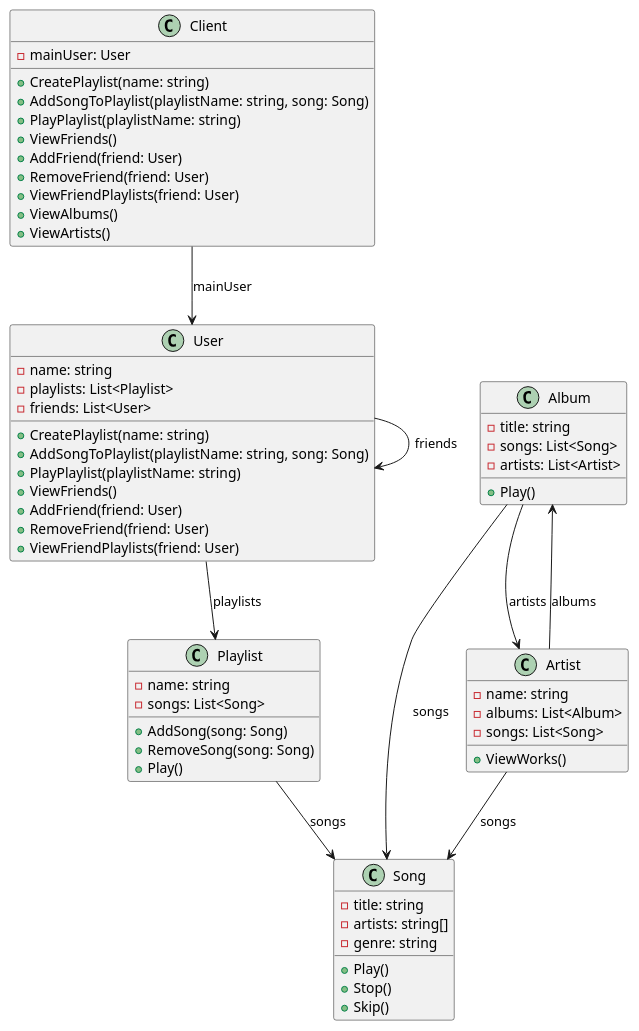
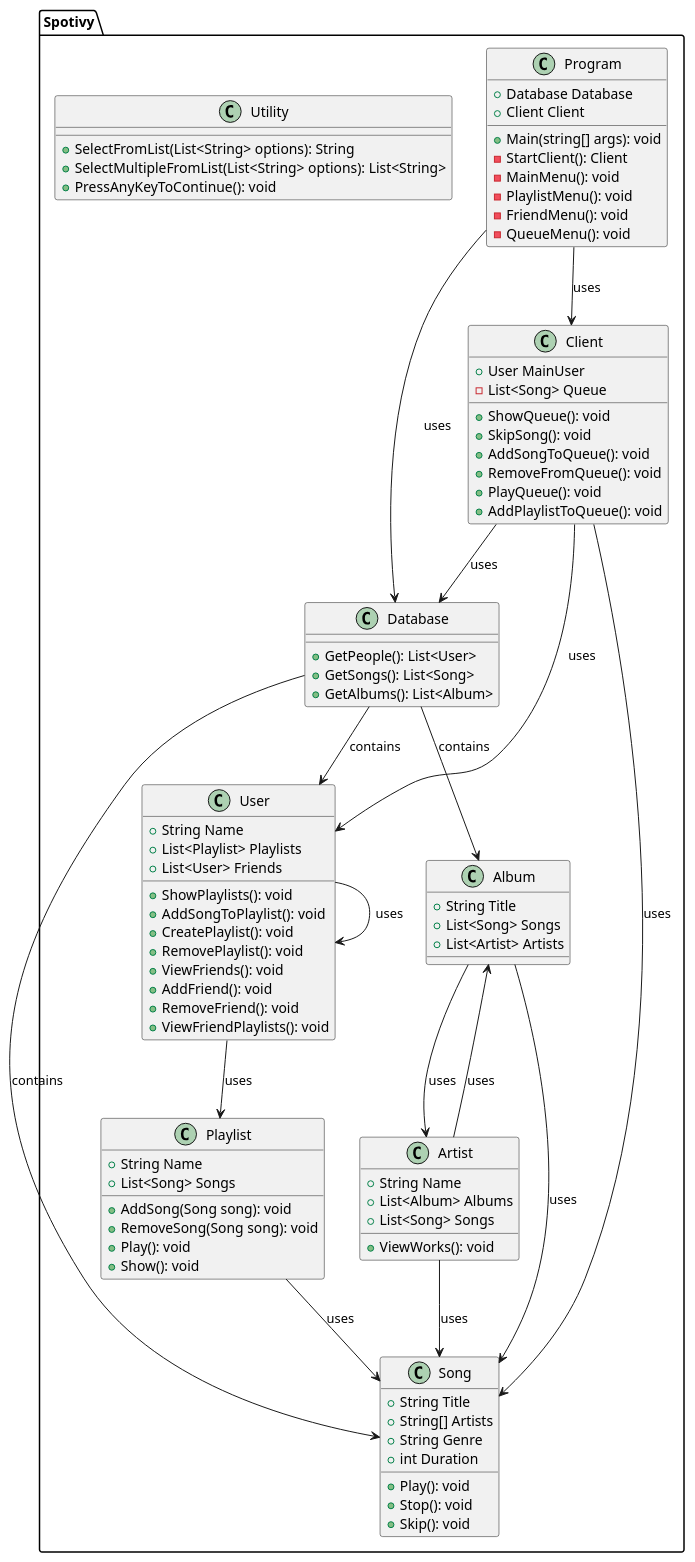
The diagram in demo.plantuml (OneBreach/Spotivy), drawn with PlantUML before and after one commit. The commit also changed other lines of this file and 4 other files, not shown here.

```diff
--- a/demo.plantuml
+++ b/demo.plantuml
@@ -2,67 +1,102 @@
 @startuml
-class Client {
-    - mainUser: User
-    + CreatePlaylist(name: string)
-    + AddSongToPlaylist(playlistName: string, song: Song)
-    + PlayPlaylist(playlistName: string)
-    + ViewFriends()
-    + AddFriend(friend: User)
-    + RemoveFriend(friend: User)
-    + ViewFriendPlaylists(friend: User)
-    + ViewAlbums()
-    + ViewArtists()
+
+package Spotivy {
+
+    class Program {
+        + Database Database
+        + Client Client
+        + Main(string[] args): void
+        - StartClient(): Client
+        - MainMenu(): void
+        - PlaylistMenu(): void
+        - FriendMenu(): void
+        - QueueMenu(): void
+    }
+
+    class Client {
+        + User MainUser
+        - List<Song> Queue
+        + ShowQueue(): void
+        + SkipSong(): void
+        + AddSongToQueue(): void
+        + RemoveFromQueue(): void
+        + PlayQueue(): void
+        + AddPlaylistToQueue(): void
+    }
+
+    class Database {
+        + GetPeople(): List<User>
+        + GetSongs(): List<Song>
+        + GetAlbums(): List<Album>
+    }
+
+    class Playlist {
+        + String Name
+        + List<Song> Songs
+        + AddSong(Song song): void
+        + RemoveSong(Song song): void
+        + Play(): void
+        + Show(): void
+    }
+
+    class Song {
+        + String Title
+        + String[] Artists
+        + String Genre
+        + int Duration
+        + Play(): void
+        + Stop(): void
+        + Skip(): void
+    }
+
+    class User {
+        + String Name
+        + List<Playlist> Playlists
+        + List<User> Friends
+        + ShowPlaylists(): void
+        + AddSongToPlaylist(): void
+        + CreatePlaylist(): void
+        + RemovePlaylist(): void
+        + ViewFriends(): void
+        + AddFriend(): void
+        + RemoveFriend(): void
+        + ViewFriendPlaylists(): void
+    }
+
+    class Utility {
+        + SelectFromList(List<String> options): String
+        + SelectMultipleFromList(List<String> options): List<String>
+        + PressAnyKeyToContinue(): void
+    }
+
+    class Artist {
+        + String Name
+        + List<Album> Albums
+        + List<Song> Songs
+        + ViewWorks(): void
+    }
+
+    class Album {
+        + String Title
+        + List<Song> Songs
+        + List<Artist> Artists
+    }
+
+    Program --> Database : uses
+    Program --> Client : uses
+    Client --> User : uses
+    Client --> Song : uses
+    Client --> Database : uses
+    User --> Playlist : uses
+    User --> User : uses
+    Playlist --> Song : uses
+    Artist --> Album : uses
+    Artist --> Song : uses
+    Album --> Song : uses
+    Album --> Artist : uses
+    Database --> User : contains
+    Database --> Song : contains
+    Database --> Album : contains
 }
 
-class User {
-    - name: string
-    - playlists: List<Playlist>
-    - friends: List<User>
-    + CreatePlaylist(name: string)
-    + AddSongToPlaylist(playlistName: string, song: Song)
-    + PlayPlaylist(playlistName: string)
-    + ViewFriends()
-    + AddFriend(friend: User)
-    + RemoveFriend(friend: User)
-    + ViewFriendPlaylists(friend: User)
-}
-
-class Playlist {
-    - name: string
-    - songs: List<Song>
-    + AddSong(song: Song)
-    + RemoveSong(song: Song)
-    + Play()
-}
-
-class Song {
-    - title: string
-    - artists: string[]
-    - genre: string
-    + Play()
-    + Stop()
-    + Skip()
-}
-
-class Album {
-    - title: string
-    - songs: List<Song>
-    - artists: List<Artist>
-    + Play()
-}
-
-class Artist {
-    - name: string
-    - albums: List<Album>
-    - songs: List<Song>
-    + ViewWorks()
-}
-
-Client --> User : mainUser
-User --> Playlist : playlists
-User --> User : friends
-Playlist --> Song : songs
-Album --> Song : songs
-Album --> Artist : artists
-Artist --> Album : albums
-Artist --> Song : songs
 @enduml
```
